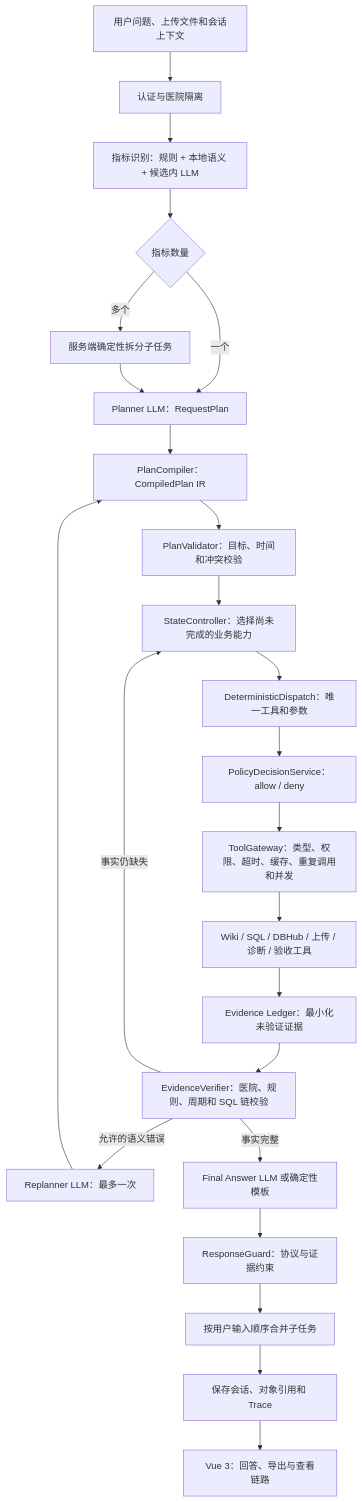
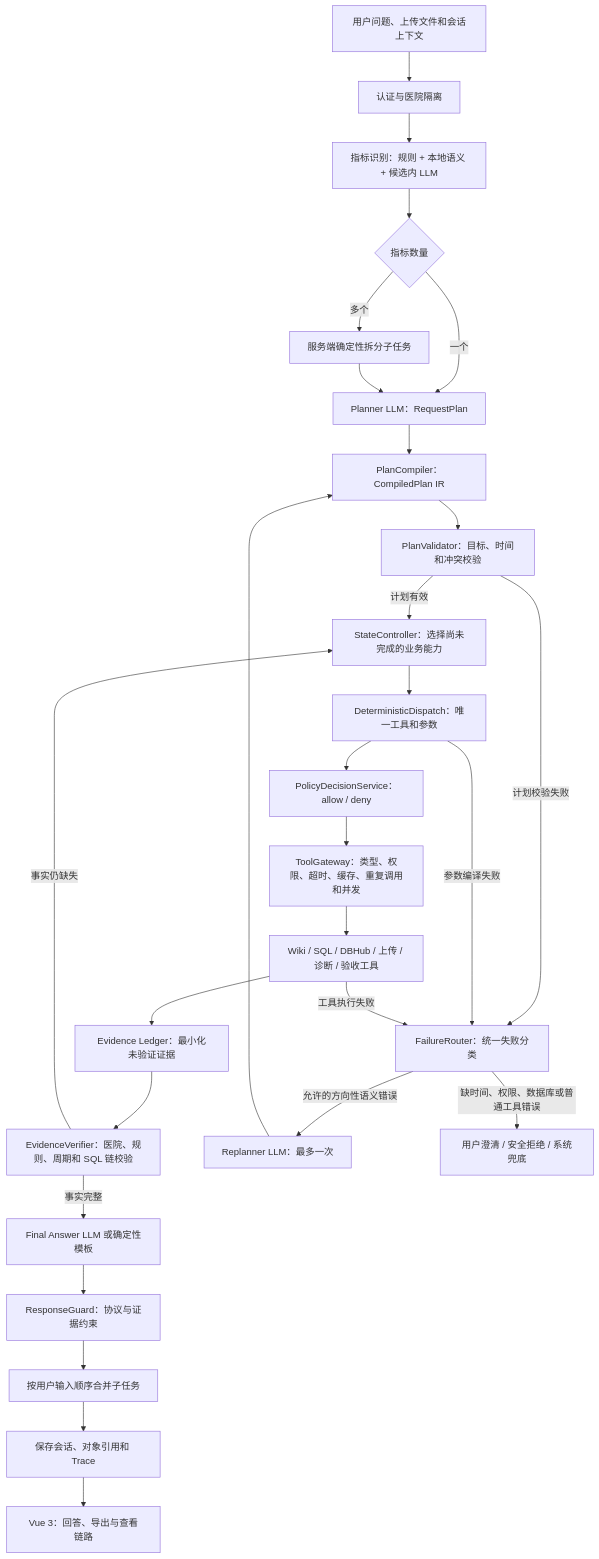
Before and after one commit to KK456701/wiki-project: the diagram in docs/architecture/agent-runtime-current.md, drawn with Mermaid. The commit also changed other lines of this file and 10 other files, not shown here.

````diff
--- a/docs/architecture/agent-runtime-current.md
+++ b/docs/architecture/agent-runtime-current.md
@@ -16,26 +16,30 @@
 ```mermaid
 flowchart TD
     U["用户问题、上传文件和会话上下文"] --> AUTH["认证与医院隔离"]
     AUTH --> RESOLVE["指标识别：规则 + 本地语义 + 候选内 LLM"]
     RESOLVE --> MULTI{"指标数量"}
     MULTI -->|多个| SPLIT["服务端确定性拆分子任务"]
     MULTI -->|一个| PLAN["Planner LLM：RequestPlan"]
     SPLIT --> PLAN
     PLAN --> COMPILE["PlanCompiler：CompiledPlan IR"]
     COMPILE --> VALIDATE["PlanValidator：目标、时间和冲突校验"]
-    VALIDATE --> CTRL["StateController：选择尚未完成的业务能力"]
+    VALIDATE -->|计划有效| CTRL["StateController：选择尚未完成的业务能力"]
+    VALIDATE -->|计划校验失败| FAILURE["FailureRouter：统一失败分类"]
     CTRL --> DISPATCH["DeterministicDispatch：唯一工具和参数"]
+    DISPATCH -->|参数编译失败| FAILURE
     DISPATCH --> POLICY["PolicyDecisionService：allow / deny"]
     POLICY --> GATE["ToolGateway：类型、权限、超时、缓存、重复调用和并发"]
     GATE --> TOOL["Wiki / SQL / DBHub / 上传 / 诊断 / 验收工具"]
+    TOOL -->|工具执行失败| FAILURE
     TOOL --> LEDGER["Evidence Ledger：最小化未验证证据"]
     LEDGER --> VERIFY["EvidenceVerifier：医院、规则、周期和 SQL 链校验"]
     VERIFY -->|事实仍缺失| CTRL
-    VERIFY -->|允许的语义错误| REPLAN["Replanner LLM：最多一次"]
+    FAILURE -->|允许的方向性语义错误| REPLAN["Replanner LLM：最多一次"]
+    FAILURE -->|缺时间、权限、数据库或普通工具错误| FALLBACK["用户澄清 / 安全拒绝 / 系统兜底"]
     REPLAN --> COMPILE
     VERIFY -->|事实完整| ANSWER["Final Answer LLM 或确定性模板"]
     ANSWER --> GUARD["ResponseGuard：协议与证据约束"]
     GUARD --> MERGE["按用户输入顺序合并子任务"]
     MERGE --> SAVE["保存会话、对象引用和 Trace"]
     SAVE --> VUE["Vue 3：回答、导出与查看链路"]
 ```
````
